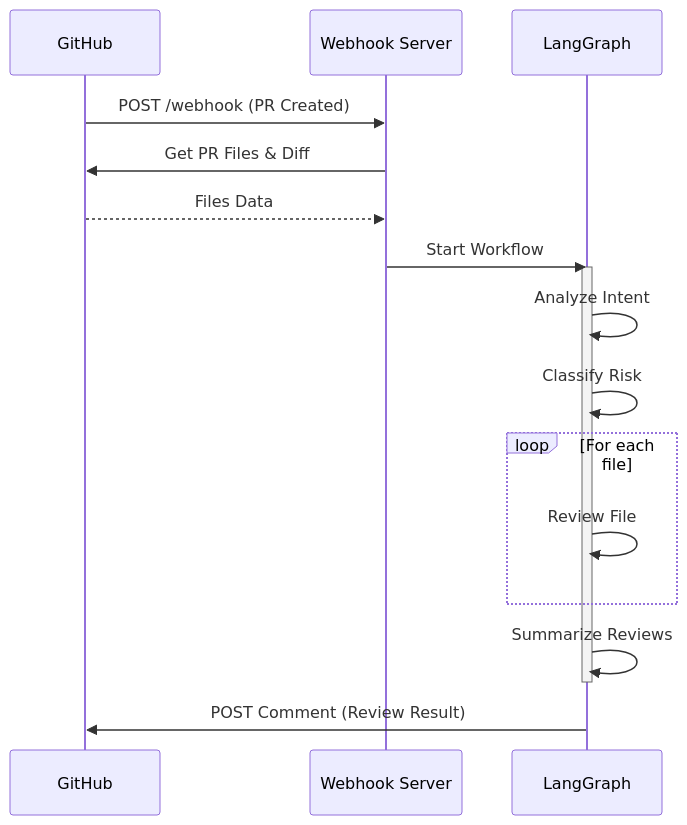
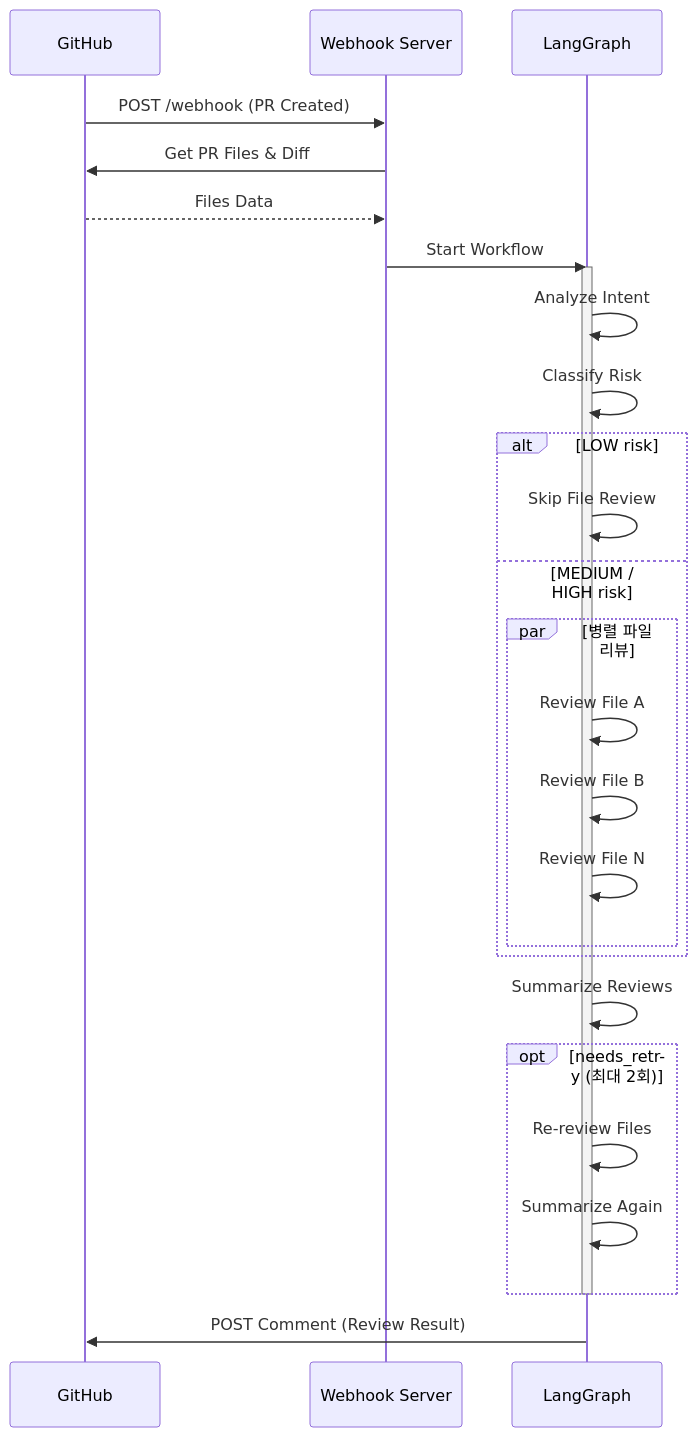
One commit to okdoittttt/almagest-reviewer changed the second of 2 diagrams in README.md. Above: the diagram before and after it, drawn with Mermaid. The commit also changed other lines of this file, not shown here.

````diff
--- a/README.md
+++ b/README.md
@@ -133,25 +136,36 @@
 ```mermaid
 sequenceDiagram
     participant GH as GitHub
     participant Svr as Webhook Server
     participant LG as LangGraph
-    
+
     GH->>Svr: POST /webhook (PR Created)
     Svr->>GH: Get PR Files & Diff
     GH-->>Svr: Files Data
-    
+
     Svr->>LG: Start Workflow
-    
+
     activate LG
     LG->>LG: Analyze Intent
     LG->>LG: Classify Risk
-    
-    loop For each file
-        LG->>LG: Review File
+
+    alt LOW risk
+        LG->>LG: Skip File Review
+    else MEDIUM / HIGH risk
+        par 병렬 파일 리뷰
+            LG->>LG: Review File A
+            LG->>LG: Review File B
+            LG->>LG: Review File N
+        end
     end
-    
+
     LG->>LG: Summarize Reviews
+
+    opt needs_retry (최대 2회)
+        LG->>LG: Re-review Files
+        LG->>LG: Summarize Again
+    end
     deactivate LG
-    
+
     LG->>GH: POST Comment (Review Result)
 ```
````
